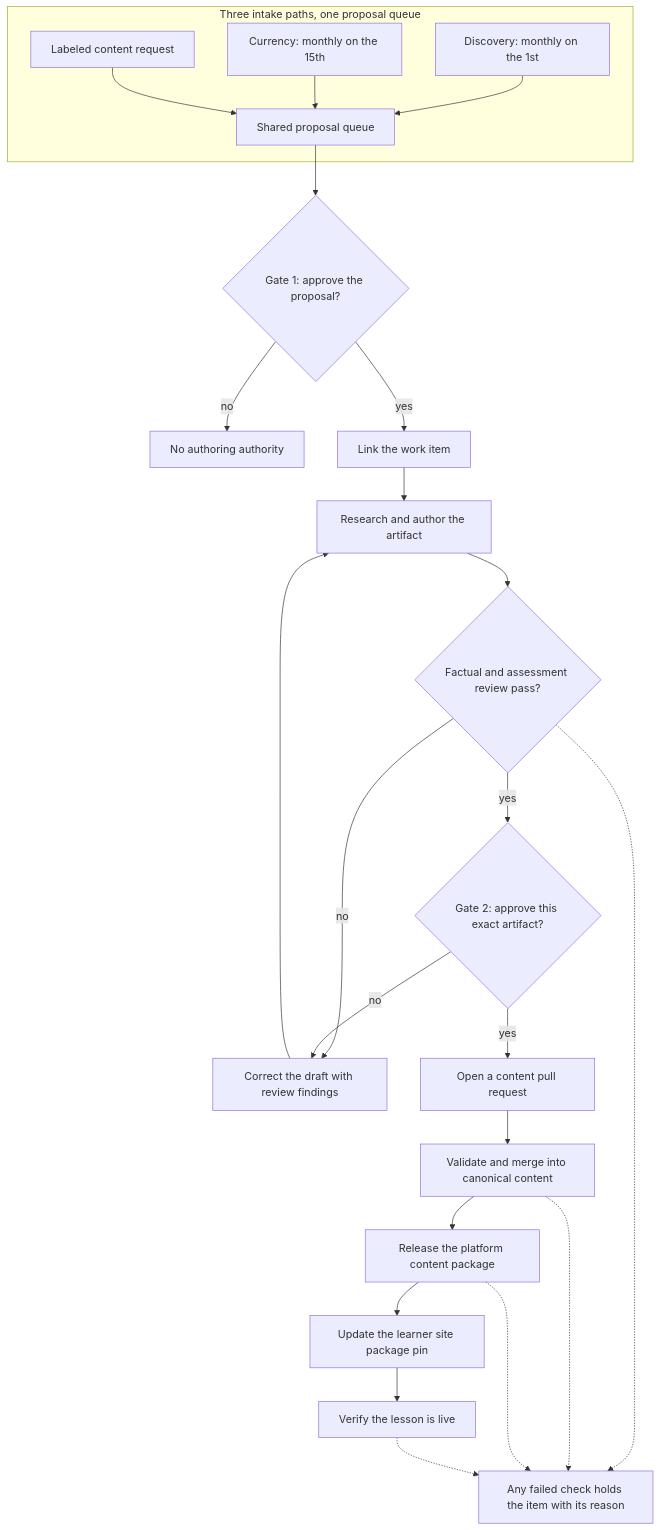
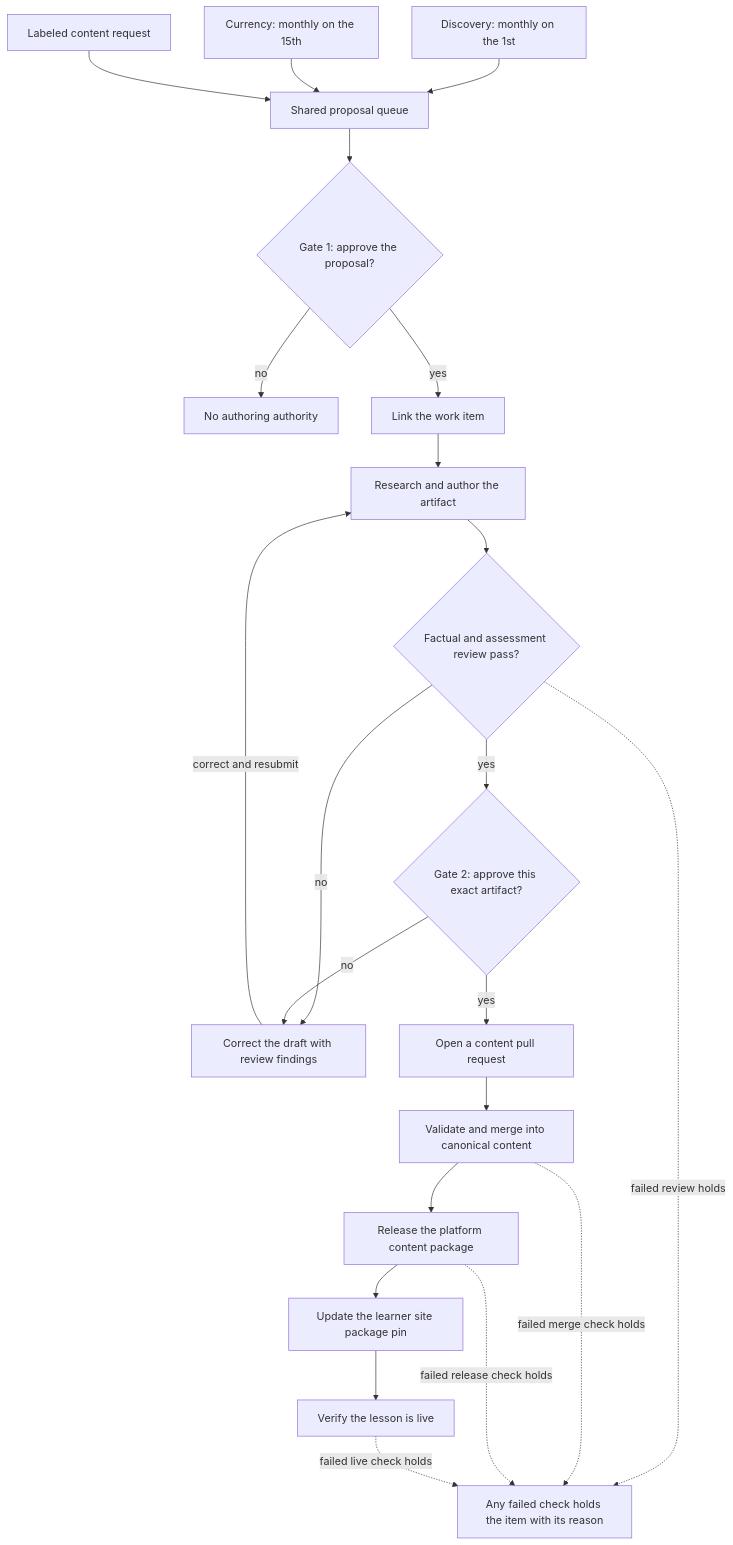
One commit to project42dev/project42-platform changed the diagram in content/diagrams/orchard-lifecycle.mmd. Above: the diagram before and after it, drawn with Mermaid. The commit also changed 26 other files, not shown here.

```diff
--- a/content/diagrams/orchard-lifecycle.mmd
+++ b/content/diagrams/orchard-lifecycle.mmd
@@ -1,30 +1,26 @@
 flowchart TD
     accTitle: The Orchard content lifecycle
-    accDescr: Scheduled discovery, scheduled currency inspection, and content requests feed a shared proposal queue. Gate 1 authorizes authoring. Failed review returns work for correction. Gate 2 binds approval to an exact artifact. Publication, platform release, site deployment, and live verification are separate steps that can each hold until their evidence is complete.
+    accDescr: Scheduled discovery, scheduled currency inspection, and content requests feed a shared proposal queue. Gate 1 authorizes authoring. Failed review returns work for correction. Gate 2 binds approval to an exact reviewed revision. Publication, platform release, site deployment, and live verification remain separate evidence-bearing steps.
 
-    subgraph INTAKE["Three intake paths, one proposal queue"]
-        discovery["Discovery: monthly on the 1st"] --> queue["Shared proposal queue"]
-        currency["Currency: monthly on the 15th"] --> queue
-        request["Labeled content request"] --> queue
-    end
-
+    discovery["Discovery: monthly on the 1st"] --> queue["Shared proposal queue"]
+    currency["Currency: monthly on the 15th"] --> queue
+    request["Labeled content request"] --> queue
     queue --> gate1{"Gate 1: approve the proposal?"}
     gate1 -->|no| stop1["No authoring authority"]
     gate1 -->|yes| tracker["Link the work item"]
     tracker --> author["Research and author the artifact"]
     author --> review{"Factual and assessment review pass?"}
     review -->|no| rework["Correct the draft with review findings"]
-    rework --> author
+    rework -->|correct and resubmit| author
     review -->|yes| gate2{"Gate 2: approve this exact artifact?"}
     gate2 -->|no| rework
     gate2 -->|yes| pull["Open a content pull request"]
     pull --> merge["Validate and merge into canonical content"]
     merge --> release["Release the platform content package"]
     release --> deploy["Update the learner site package pin"]
     deploy --> verify["Verify the lesson is live"]
-
     hold["Any failed check holds the item with its reason"]
-    review -.-> hold
-    merge -.-> hold
-    release -.-> hold
-    verify -.-> hold
+    review -.->|failed review holds| hold
+    merge -.->|failed merge check holds| hold
+    release -.->|failed release check holds| hold
+    verify -.->|failed live check holds| hold
```
